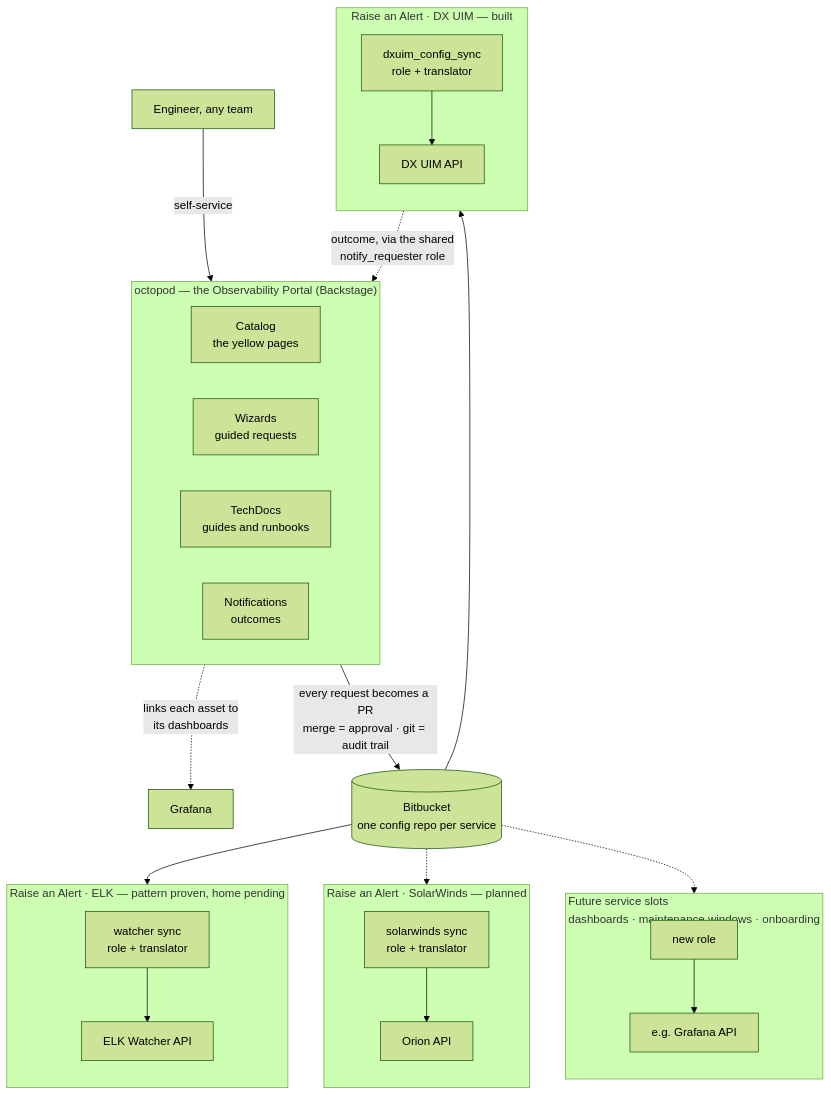
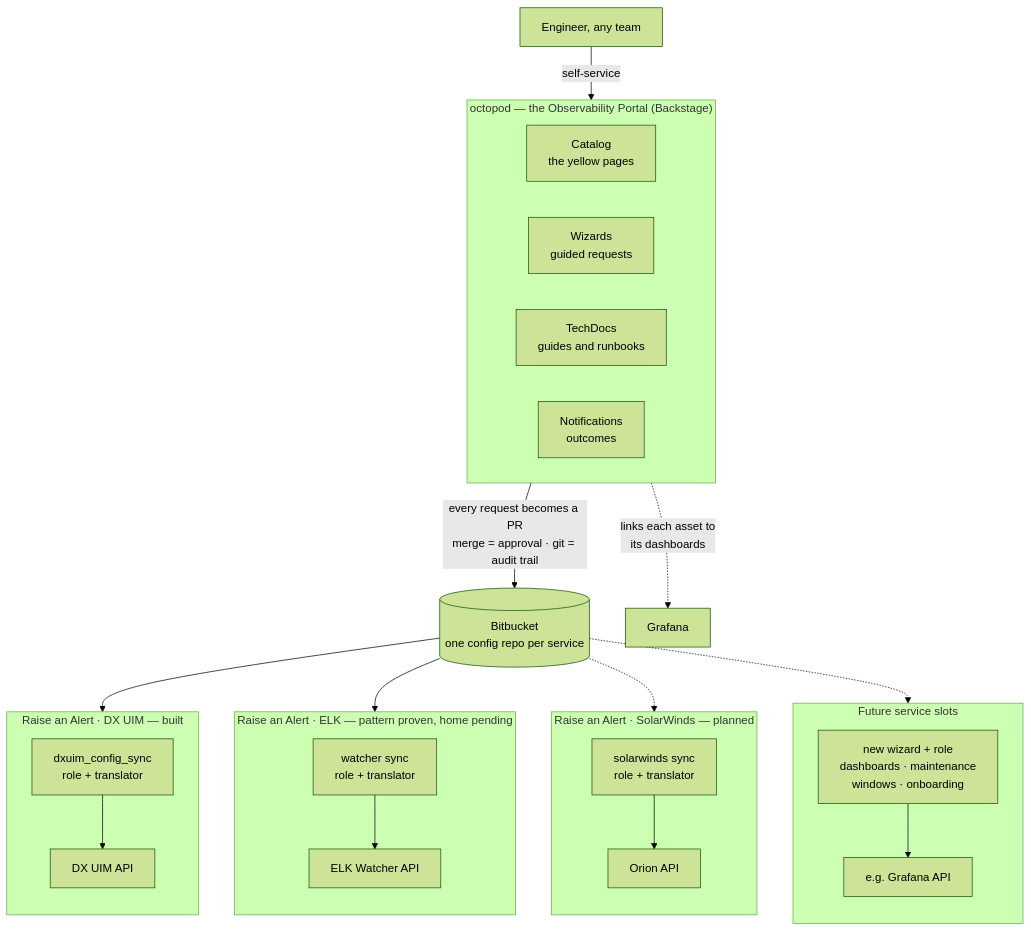
Before and after one commit to koolencoy/octopod: the diagram in docs/architecture/diagrams/portal-shape.mmd, drawn with Mermaid (forest theme). The commit also changed 12 other files, not shown here.

```diff
--- a/docs/architecture/diagrams/portal-shape.mmd
+++ b/docs/architecture/diagrams/portal-shape.mmd
@@ -1,40 +1,39 @@
 flowchart TB
     ENG["Engineer, any team"] -->|self-service| PORTAL
 
     subgraph PORTAL["octopod — the Observability Portal (Backstage)"]
         direction LR
         CAT["Catalog<br/>the yellow pages"]
         WIZ["Wizards<br/>guided requests"]
         TD["TechDocs<br/>guides and runbooks"]
         NO["Notifications<br/>outcomes"]
     end
 
     PORTAL -->|"every request becomes a PR<br/>merge = approval · git = audit trail"| GATE[("Bitbucket<br/>one config repo per service")]
 
     GATE --> S1
     GATE --> S2
     GATE -.-> S3
     GATE -.-> S4
 
     subgraph S1["Raise an Alert · DX UIM — built"]
         direction TB
         A1["dxuim_config_sync<br/>role + translator"] --> T1["DX UIM API"]
     end
 
     subgraph S2["Raise an Alert · ELK — pattern proven, home pending"]
         direction TB
         A2["watcher sync<br/>role + translator"] --> T2["ELK Watcher API"]
     end
 
     subgraph S3["Raise an Alert · SolarWinds — planned"]
         direction TB
         A3["solarwinds sync<br/>role + translator"] --> T3["Orion API"]
     end
 
-    subgraph S4["Future service slots<br/>dashboards · maintenance windows · onboarding"]
+    subgraph S4["Future service slots"]
         direction TB
-        A4["new role"] --> T4["e.g. Grafana API"]
+        A4["new wizard + role<br/>dashboards · maintenance<br/>windows · onboarding"] --> T4["e.g. Grafana API"]
     end
 
-    A1 -.->|"outcome, via the shared<br/>notify_requester role"| NO
     CAT -.->|"links each asset to<br/>its dashboards"| GRAF["Grafana"]
```
